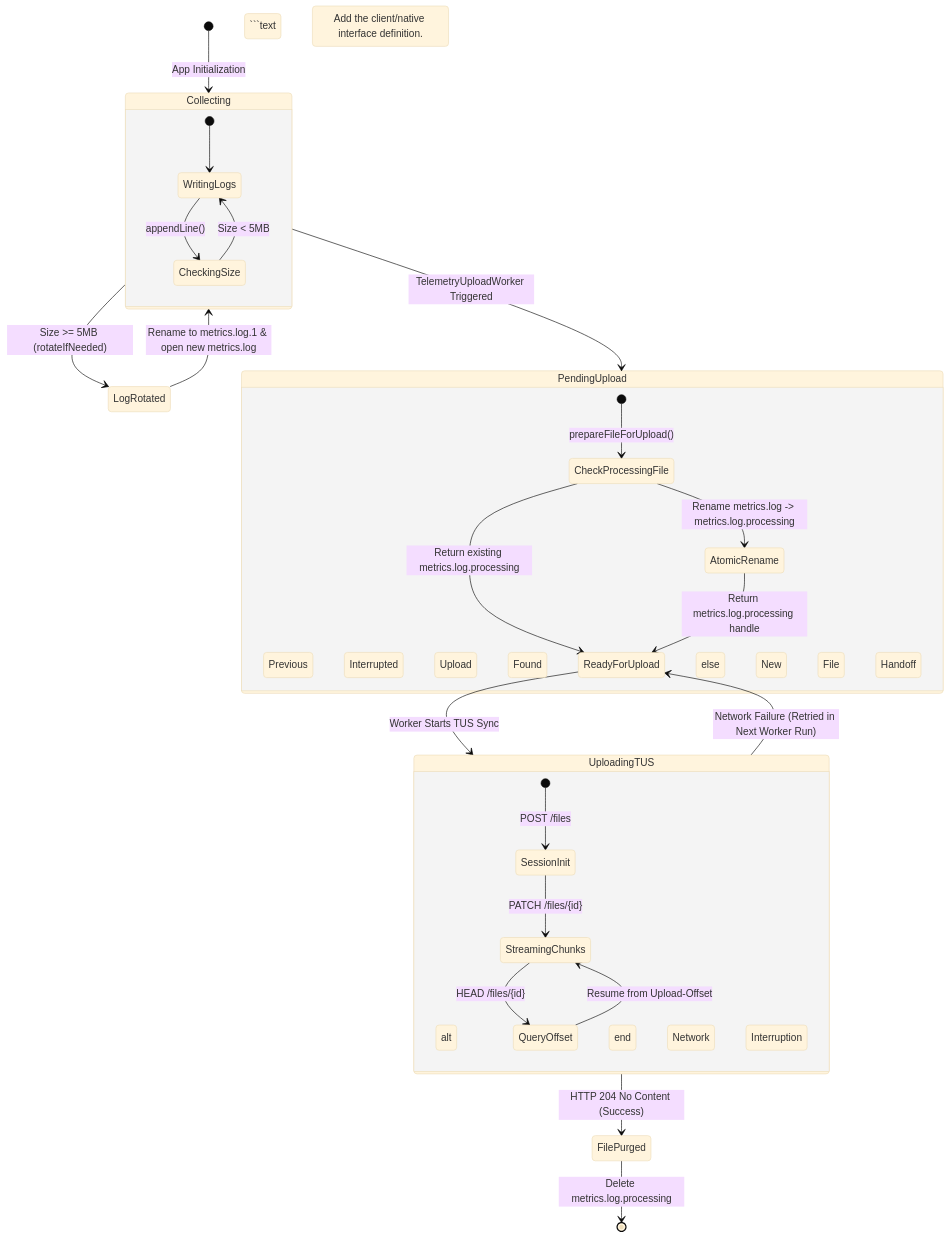
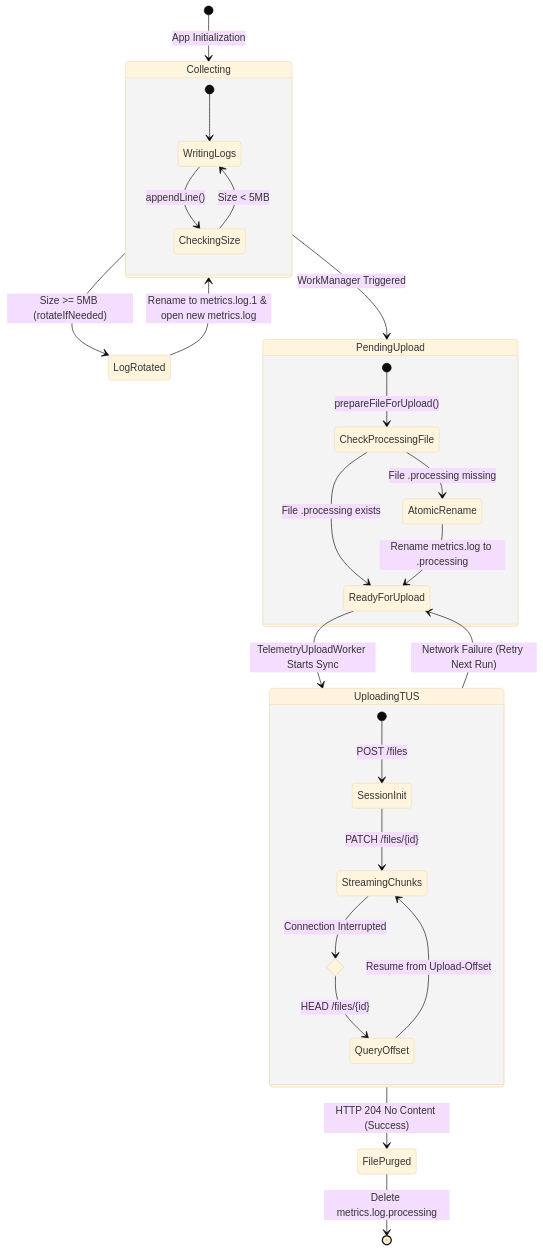
Before and after one commit to mosip/id-repository: the third of 5 diagrams in docs/design/telemetry-design.md, drawn with Mermaid (base theme).

Commit message:
[template updation] telemtry file lifecycle  updated

````diff
--- a/docs/design/telemetry-design.md
+++ b/docs/design/telemetry-design.md
@@ -149,51 +149,42 @@
 ```mermaid
 stateDiagram-v2
     [*] --> Collecting: App Initialization
     
     state Collecting {
         [*] --> WritingLogs
         WritingLogs --> CheckingSize: appendLine()
         CheckingSize --> WritingLogs: Size < 5MB
     }
 
     Collecting --> LogRotated: Size >= 5MB (rotateIfNeeded)
     LogRotated --> Collecting: Rename to metrics.log.1 & open new metrics.log
 
-    Collecting --> PendingUpload: TelemetryUploadWorker Triggered
+    Collecting --> PendingUpload: WorkManager Triggered
     
     state PendingUpload {
         [*] --> CheckProcessingFile: prepareFileForUpload()
         
-        alt Previous Interrupted Upload Found
-            CheckProcessingFile --> ReadyForUpload: Return existing metrics.log.processing
-        else New File Handoff
-            CheckProcessingFile --> AtomicRename: Rename metrics.log -> metrics.log.processing
-            AtomicRename --> ReadyForUpload: Return metrics.log.processing handle
-        end
+        state CheckProcessingFile <<choice>>
+        CheckProcessingFile --> ReadyForUpload: File .processing exists
+        CheckProcessingFile --> AtomicRename: File .processing missing
+        
+        AtomicRename --> ReadyForUpload: Rename metrics.log to .processing
     }
 
-    ReadyForUpload --> UploadingTUS: Worker Starts TUS Sync
+    ReadyForUpload --> UploadingTUS: TelemetryUploadWorker Starts Sync
     
     state UploadingTUS {
         [*] --> SessionInit: POST /files
         SessionInit --> StreamingChunks: PATCH /files/{id}
         
-        alt Network Interruption
-            StreamingChunks --> QueryOffset: HEAD /files/{id}
-            QueryOffset --> StreamingChunks: Resume from Upload-Offset
-        end
+        state NetworkCheck <<choice>>
+        StreamingChunks --> NetworkCheck: Connection Interrupted
+        NetworkCheck --> QueryOffset: HEAD /files/{id}
+        QueryOffset --> StreamingChunks: Resume from Upload-Offset
     }
 
     UploadingTUS --> FilePurged: HTTP 204 No Content (Success)
     FilePurged --> [*]: Delete metrics.log.processing
 
-    UploadingTUS --> ReadyForUpload: Network Failure (Retried in Next Worker Run) 
-
-
-## 3. Technical Specifications & Payload Schemas
-
-### 3.1 Client Interface Contract
-
-```text
-TODO: Add the client/native interface definition.
+    UploadingTUS --> ReadyForUpload: Network Failure (Retry Next Run)
 ```
````
